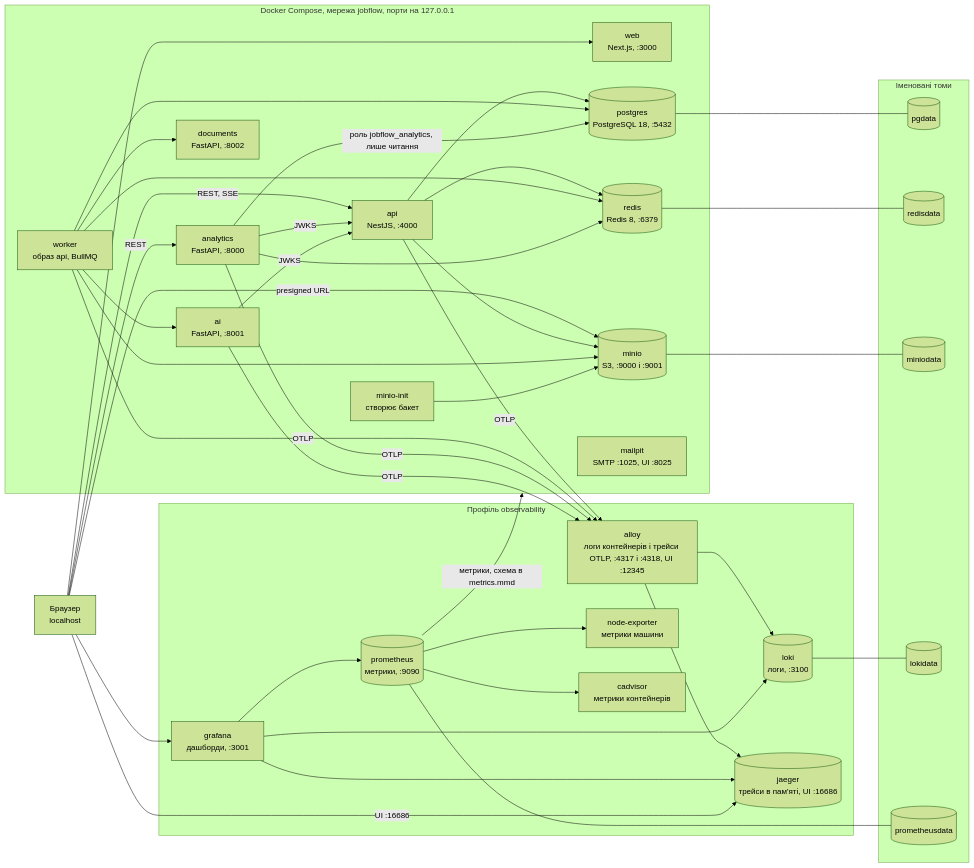
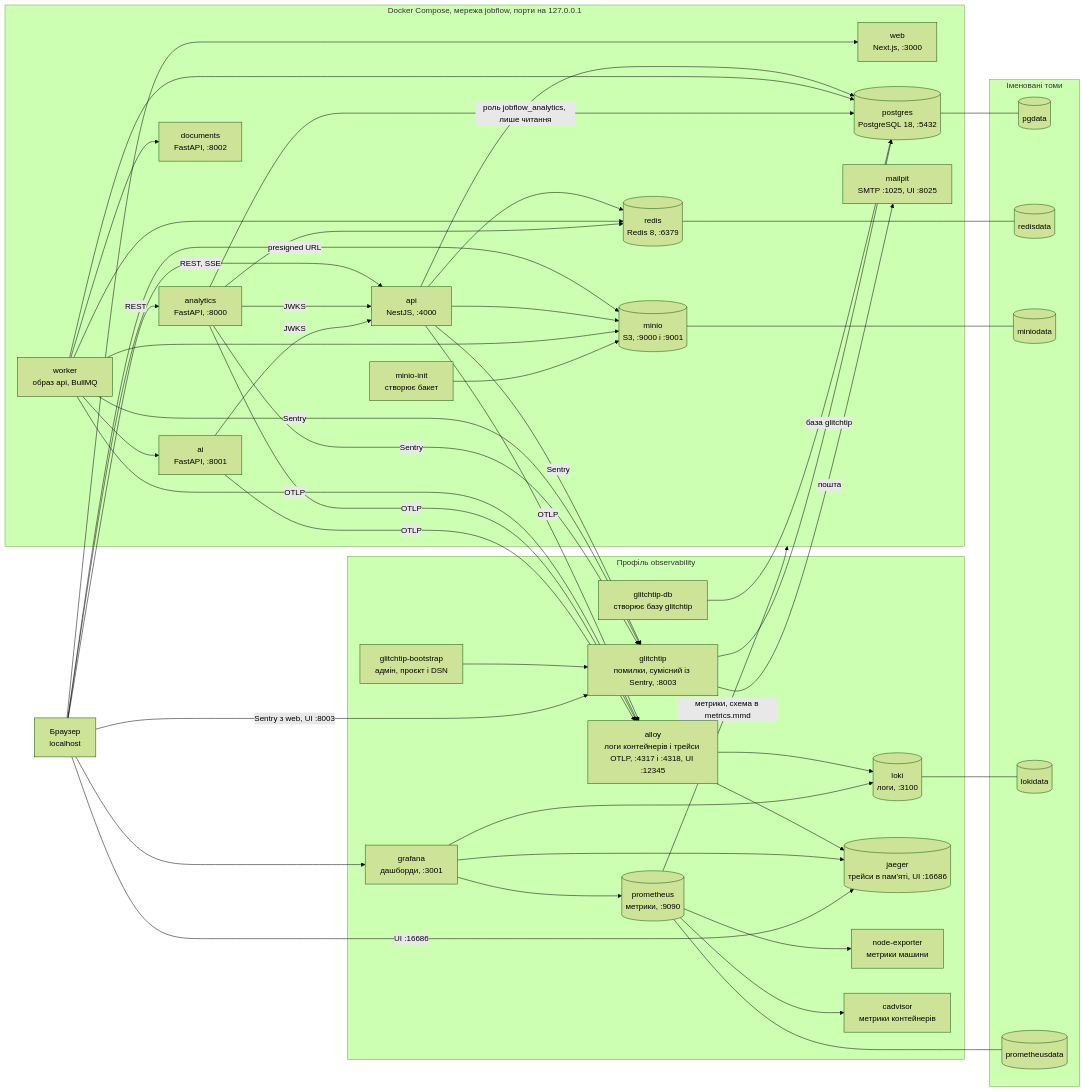
The diagram in docs/diagrams/deployment.mmd (Srh-Yakovenko-ua/jobflow-tracker), drawn with Mermaid (forest theme) before and after one commit. The commit also changed 24 other files, not shown here.

```diff
--- a/docs/diagrams/deployment.mmd
+++ b/docs/diagrams/deployment.mmd
@@ -1,71 +1,82 @@
 flowchart LR
   browser["Браузер<br/>localhost"]
 
   subgraph compose["Docker Compose, мережа jobflow, порти на 127.0.0.1"]
     web["web<br/>Next.js, :3000"]
     api["api<br/>NestJS, :4000"]
     worker["worker<br/>образ api, BullMQ"]
     analytics["analytics<br/>FastAPI, :8000"]
     ai["ai<br/>FastAPI, :8001"]
     documents["documents<br/>FastAPI, :8002"]
     postgres[("postgres<br/>PostgreSQL 18, :5432")]
     redis[("redis<br/>Redis 8, :6379")]
     minio[("minio<br/>S3, :9000 і :9001")]
     minio_init["minio-init<br/>створює бакет"]
     mailpit["mailpit<br/>SMTP :1025, UI :8025"]
   end
 
   subgraph observability["Профіль observability"]
     loki[("loki<br/>логи, :3100")]
     alloy["alloy<br/>логи контейнерів і трейси OTLP, :4317 і :4318, UI :12345"]
     jaeger[("jaeger<br/>трейси в пам'яті, UI :16686")]
     prometheus[("prometheus<br/>метрики, :9090")]
     node_exporter["node-exporter<br/>метрики машини"]
     cadvisor["cadvisor<br/>метрики контейнерів"]
     grafana["grafana<br/>дашборди, :3001"]
+    glitchtip["glitchtip<br/>помилки, сумісний із Sentry, :8003"]
+    glitchtip_db["glitchtip-db<br/>створює базу glitchtip"]
+    glitchtip_bootstrap["glitchtip-bootstrap<br/>адмін, проєкт і DSN"]
   end
 
   subgraph volumes["Іменовані томи"]
     pgdata[("pgdata")]
     redisdata[("redisdata")]
     miniodata[("miniodata")]
     lokidata[("lokidata")]
     prometheusdata[("prometheusdata")]
   end
 
   browser --> web
   browser -->|REST, SSE| api
   browser -->|REST| analytics
   browser -->|presigned URL| minio
   api --> postgres
   api --> redis
   api --> minio
   worker --> postgres
   worker --> redis
   worker --> minio
   worker --> ai
   worker --> documents
   analytics -->|роль jobflow_analytics, лише читання| postgres
   analytics --> redis
   analytics -->|JWKS| api
   ai -->|JWKS| api
   minio_init --> minio
   postgres --- pgdata
   redis --- redisdata
   minio --- miniodata
   alloy --> loki
   api -->|OTLP| alloy
   worker -->|OTLP| alloy
   analytics -->|OTLP| alloy
   ai -->|OTLP| alloy
   alloy --> jaeger
   grafana --> jaeger
   browser -->|"UI :16686"| jaeger
   prometheus -->|"метрики, схема в metrics.mmd"| compose
   prometheus --> node_exporter
   prometheus --> cadvisor
   grafana --> loki
   grafana --> prometheus
   browser --> grafana
   loki --- lokidata
   prometheus --- prometheusdata
+  glitchtip_db --> postgres
+  glitchtip -->|база glitchtip| postgres
+  glitchtip -->|пошта| mailpit
+  glitchtip_bootstrap --> glitchtip
+  api -->|Sentry| glitchtip
+  worker -->|Sentry| glitchtip
+  analytics -->|Sentry| glitchtip
+  browser -->|"Sentry з web, UI :8003"| glitchtip
```
